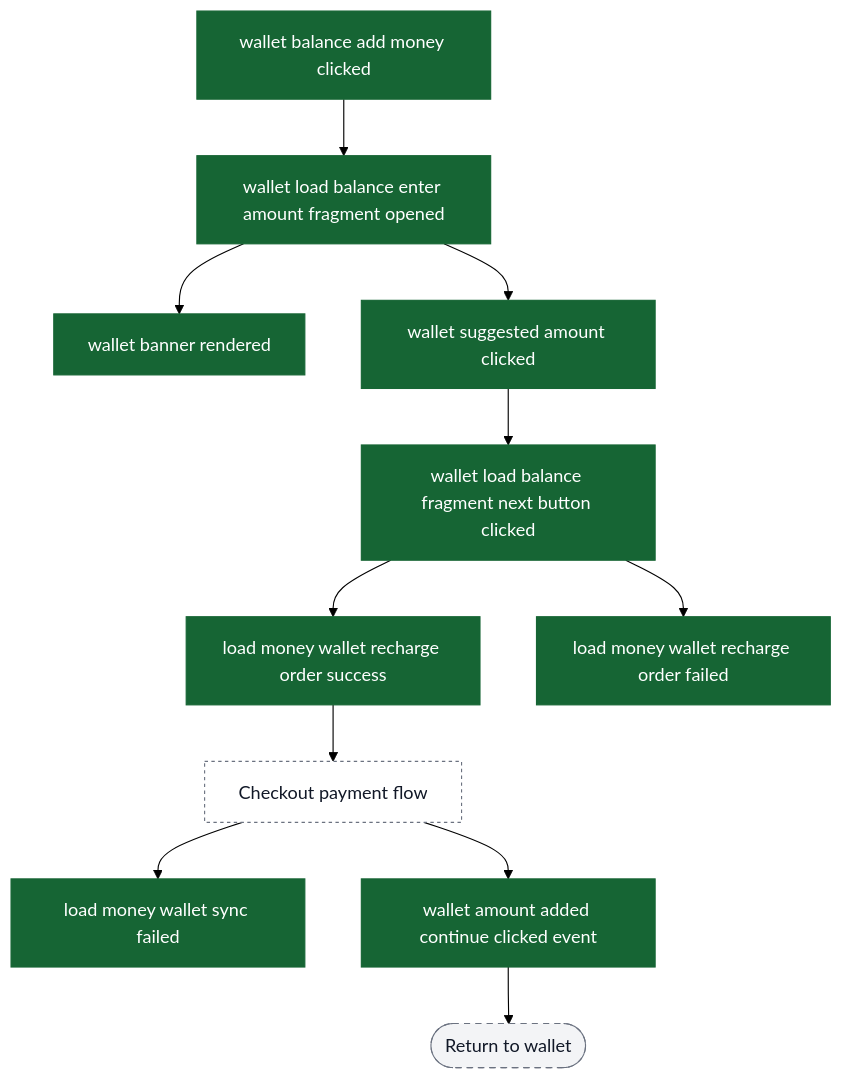
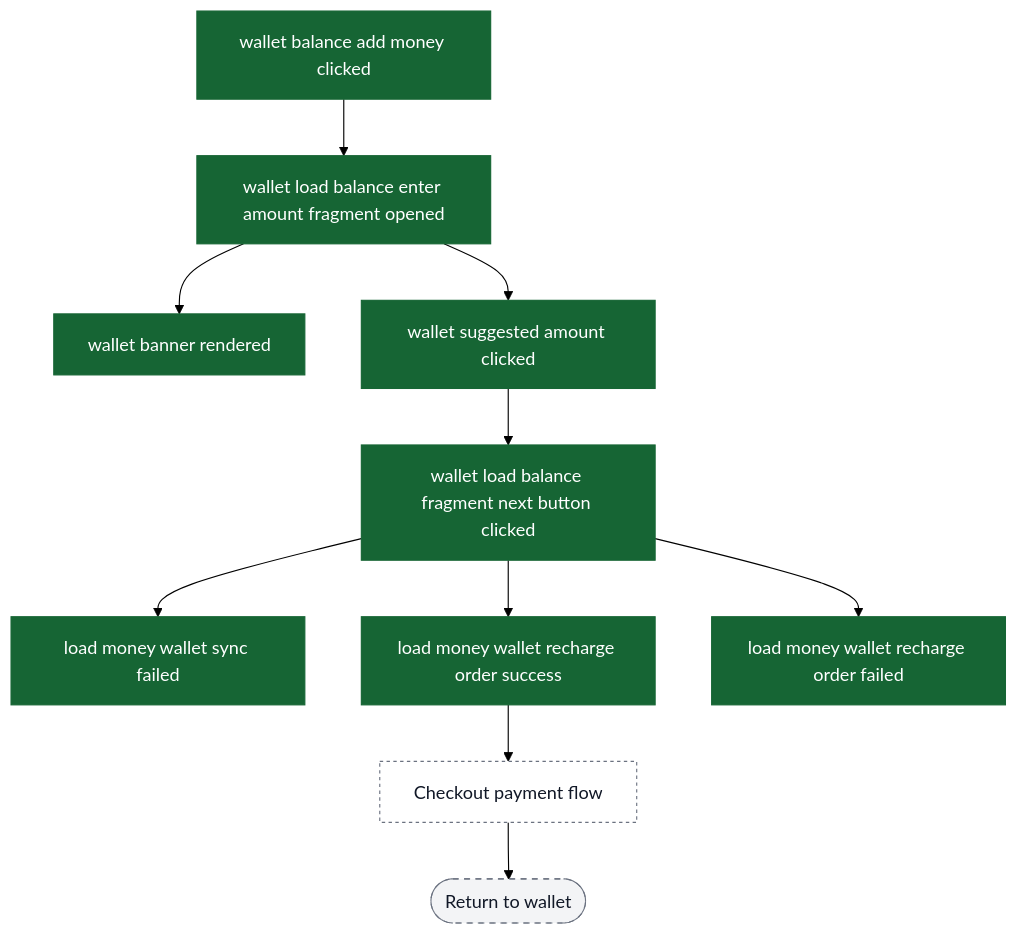
The fourth of 12 diagrams in content/analytics/wallet/flow-diagrams.md (ratulsarna/chalo-app-dashboard), drawn with Mermaid (forest theme) before and after one commit. The commit also changed other lines of this file and 2 other files, not shown here.

First line of the commit message:
Refactor wallet flow diagrams and analytics events for clarity and accuracy

````diff
--- a/content/analytics/wallet/flow-diagrams.md
+++ b/content/analytics/wallet/flow-diagrams.md
@@ -73,26 +67,24 @@
 ```mermaid
 flowchart TD
   ev_addMoneyClicked["wallet balance add money clicked"] --> ev_loadBalanceOpen["wallet load balance enter amount fragment opened"]
 
   ev_loadBalanceOpen --> ev_bannerRendered2["wallet banner rendered"]
   ev_loadBalanceOpen --> ev_suggestedAmountClicked["wallet suggested amount clicked"]
 
   ev_suggestedAmountClicked --> ev_nextClicked["wallet load balance fragment next button clicked"]
 
+  ev_nextClicked --> ev_syncFailed["load money wallet sync failed"]
   ev_nextClicked --> ev_orderSuccess["load money wallet recharge order success"]
   ev_nextClicked --> ev_orderFailed["load money wallet recharge order failed"]
 
   ev_orderSuccess --> ext_checkout[Checkout payment flow]
-  ext_checkout --> ev_syncFailed["load money wallet sync failed"]
-  ext_checkout --> ev_successContinue["wallet amount added continue clicked event"]
-
-  ev_successContinue --> ui_success([Return to wallet])
+  ext_checkout --> ui_success([Return to wallet])
 
   classDef event fill:#166534,stroke:#166534,color:#ffffff;
   classDef ui fill:#f3f4f6,stroke:#6b7280,stroke-dasharray: 5 5,color:#111827;
   classDef external fill:#ffffff,stroke:#6b7280,stroke-dasharray: 3 3,color:#111827;
 
-  class ev_addMoneyClicked,ev_loadBalanceOpen,ev_bannerRendered2,ev_suggestedAmountClicked,ev_nextClicked,ev_orderSuccess,ev_orderFailed,ev_syncFailed,ev_successContinue event;
+  class ev_addMoneyClicked,ev_loadBalanceOpen,ev_bannerRendered2,ev_suggestedAmountClicked,ev_nextClicked,ev_syncFailed,ev_orderSuccess,ev_orderFailed event;
   class ui_success ui;
   class ext_checkout external;
 ```
````
